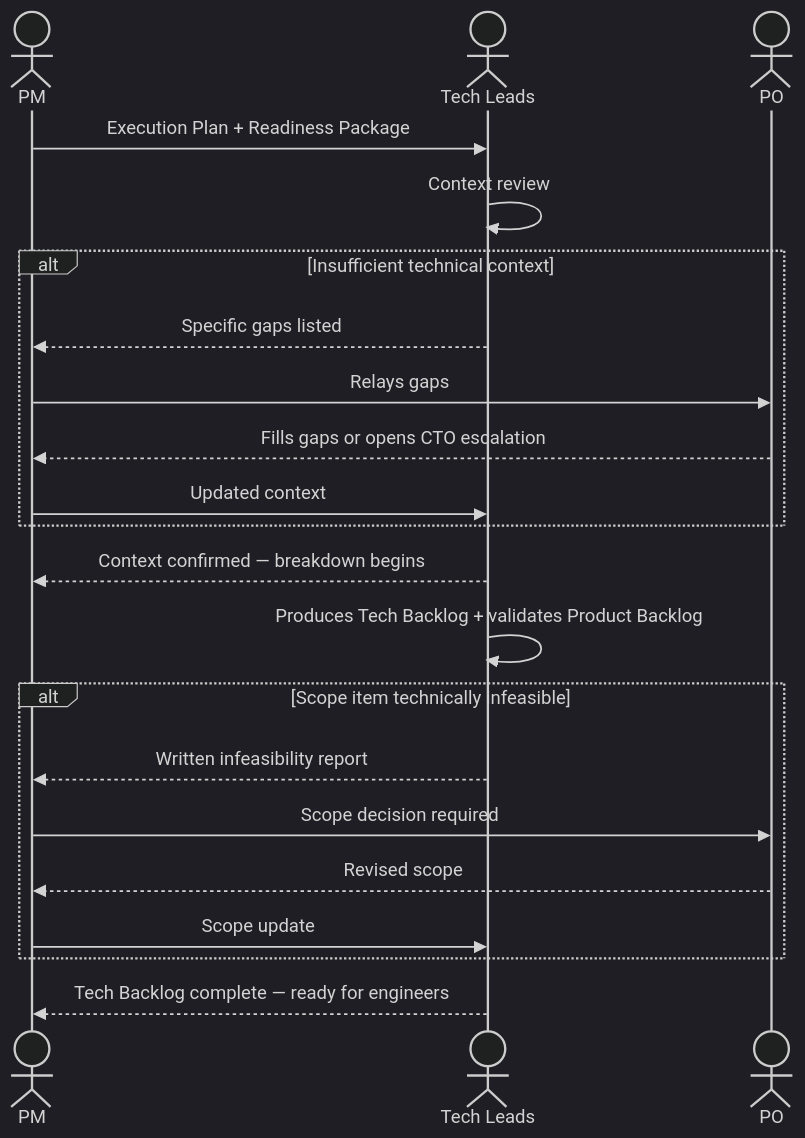
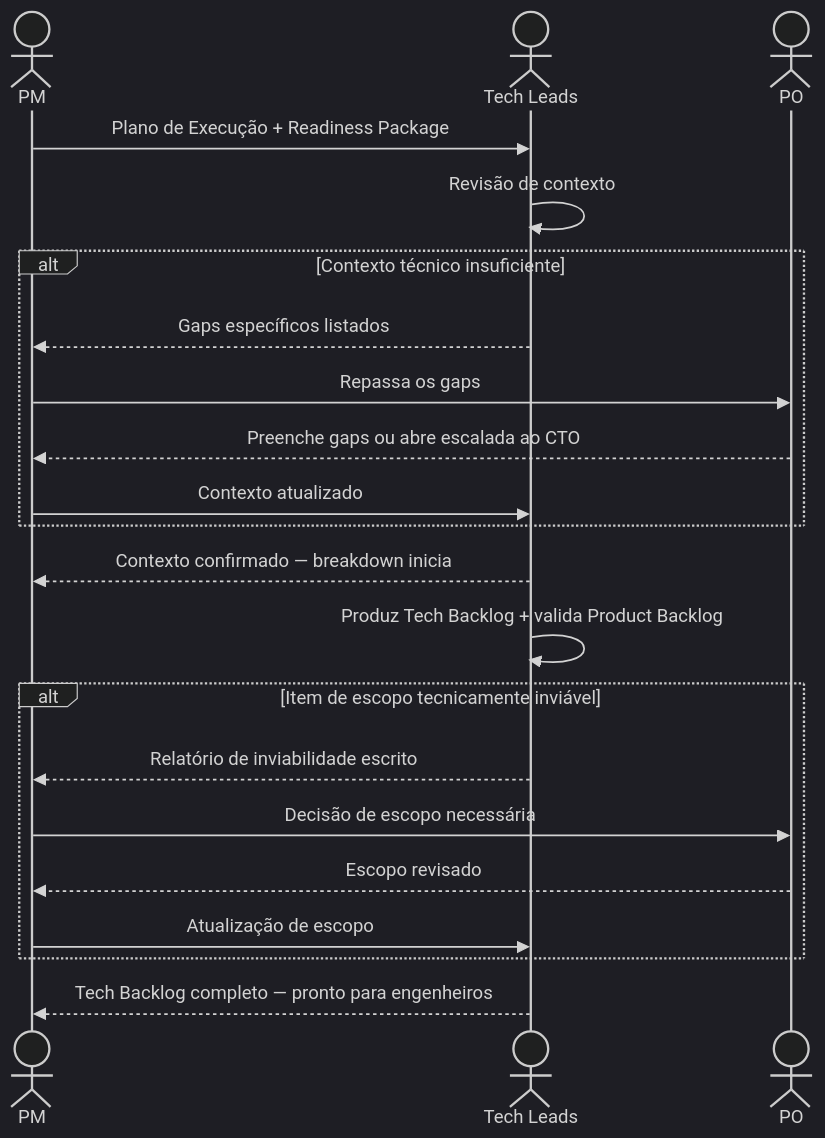
The diagram in interactions/09-pm-to-tech-leads.md (hugo-hsbtech/teamwork-process), drawn with Mermaid (dark theme) before and after one commit. The commit also changed other lines of this file and 64 other files, not shown here.

````diff
--- a/interactions/09-pm-to-tech-leads.md
+++ b/interactions/09-pm-to-tech-leads.md
@@ -62,28 +62,28 @@
 ```mermaid
 sequenceDiagram
     actor PM as PM
     actor TL as Tech Leads
     actor PO as PO
 
-    PM->>TL: Execution Plan + Readiness Package
-    TL->>TL: Context review
+    PM->>TL: Plano de Execução + Readiness Package
+    TL->>TL: Revisão de contexto
 
-    alt Insufficient technical context
-        TL-->>PM: Specific gaps listed
-        PM->>PO: Relays gaps
-        PO-->>PM: Fills gaps or opens CTO escalation
-        PM->>TL: Updated context
+    alt Contexto técnico insuficiente
+        TL-->>PM: Gaps específicos listados
+        PM->>PO: Repassa os gaps
+        PO-->>PM: Preenche gaps ou abre escalada ao CTO
+        PM->>TL: Contexto atualizado
     end
 
-    TL-->>PM: Context confirmed — breakdown begins
-    TL->>TL: Produces Tech Backlog + validates Product Backlog
+    TL-->>PM: Contexto confirmado — breakdown inicia
+    TL->>TL: Produz Tech Backlog + valida Product Backlog
 
-    alt Scope item technically infeasible
-        TL-->>PM: Written infeasibility report
-        PM->>PO: Scope decision required
-        PO-->>PM: Revised scope
-        PM->>TL: Scope update
+    alt Item de escopo tecnicamente inviável
+        TL-->>PM: Relatório de inviabilidade escrito
+        PM->>PO: Decisão de escopo necessária
+        PO-->>PM: Escopo revisado
+        PM->>TL: Atualização de escopo
     end
 
-    TL-->>PM: Tech Backlog complete — ready for engineers
+    TL-->>PM: Tech Backlog completo — pronto para engenheiros
 ```
````
